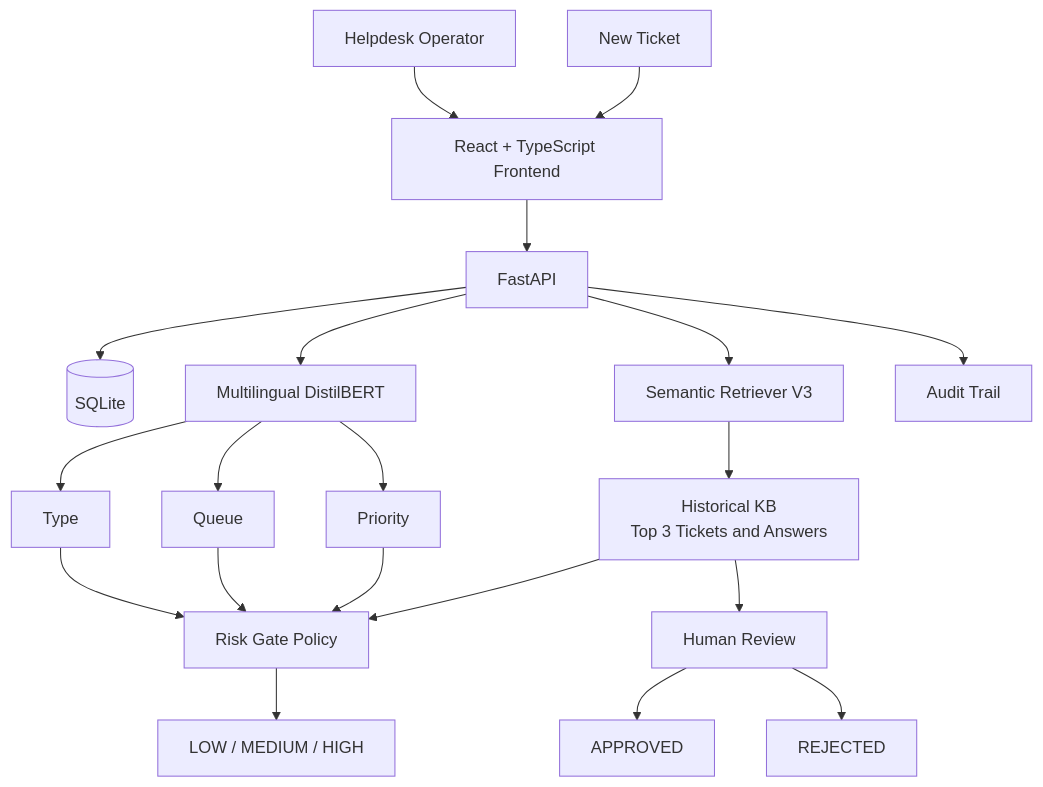
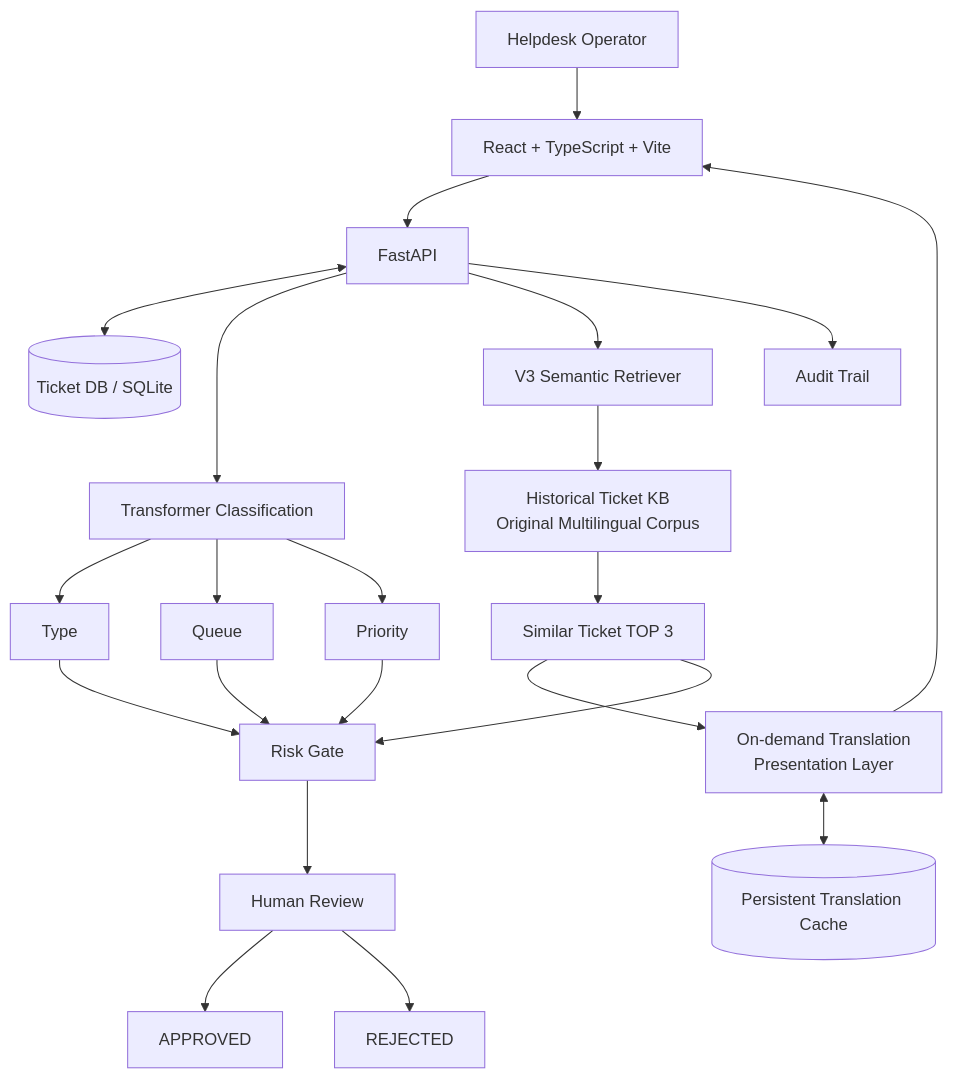
The first of 2 diagrams in README.md (Zwonnyy/ai-helpdesk_office), drawn with Mermaid before and after one commit. The commit also changed other lines of this file and 26 other files, not shown here.

Commit message:
feat: add on-demand translation and Docker deployment

````diff
--- a/README.md
+++ b/README.md
@@ -19,20 +19,24 @@
 ```mermaid
 flowchart TD
-    U[Helpdesk Operator] --> UI[React + TypeScript Frontend]
-    UI --> B[FastAPI] --> C[(SQLite)]
-    A[New Ticket] --> UI
-    B --> D[Multilingual DistilBERT]
-    D --> D1[Type]
-    D --> D2[Queue]
-    D --> D3[Priority]
-    B --> E[Semantic Retriever V3] --> F[Historical KB<br/>Top 3 Tickets and Answers]
-    D1 --> G[Risk Gate Policy]
-    D2 --> G
-    D3 --> G
-    F --> G
-    G --> H[LOW / MEDIUM / HIGH]
-    F --> I[Human Review]
-    I --> J[APPROVED]
-    I --> K[REJECTED]
-    B --> L[Audit Trail]
+    U[Helpdesk Operator] --> UI[React + TypeScript + Vite]
+    UI --> API[FastAPI]
+    API <--> DB[(Ticket DB / SQLite)]
+    API --> CLS[Transformer Classification]
+    CLS --> TYPE[Type]
+    CLS --> QUEUE[Queue]
+    CLS --> PRIORITY[Priority]
+    API --> RET[V3 Semantic Retriever]
+    RET --> KB[Historical Ticket KB<br/>Original Multilingual Corpus]
+    KB --> TOP3[Similar Ticket TOP 3]
+    TOP3 --> TRANS[On-demand Translation<br/>Presentation Layer]
+    TRANS <--> CACHE[(Persistent Translation Cache)]
+    TRANS --> UI
+    TYPE --> RISK[Risk Gate]
+    QUEUE --> RISK
+    PRIORITY --> RISK
+    TOP3 --> RISK
+    RISK --> REVIEW[Human Review]
+    REVIEW --> APPROVED[APPROVED]
+    REVIEW --> REJECTED[REJECTED]
+    API --> AUDIT[Audit Trail]
 ```
````
